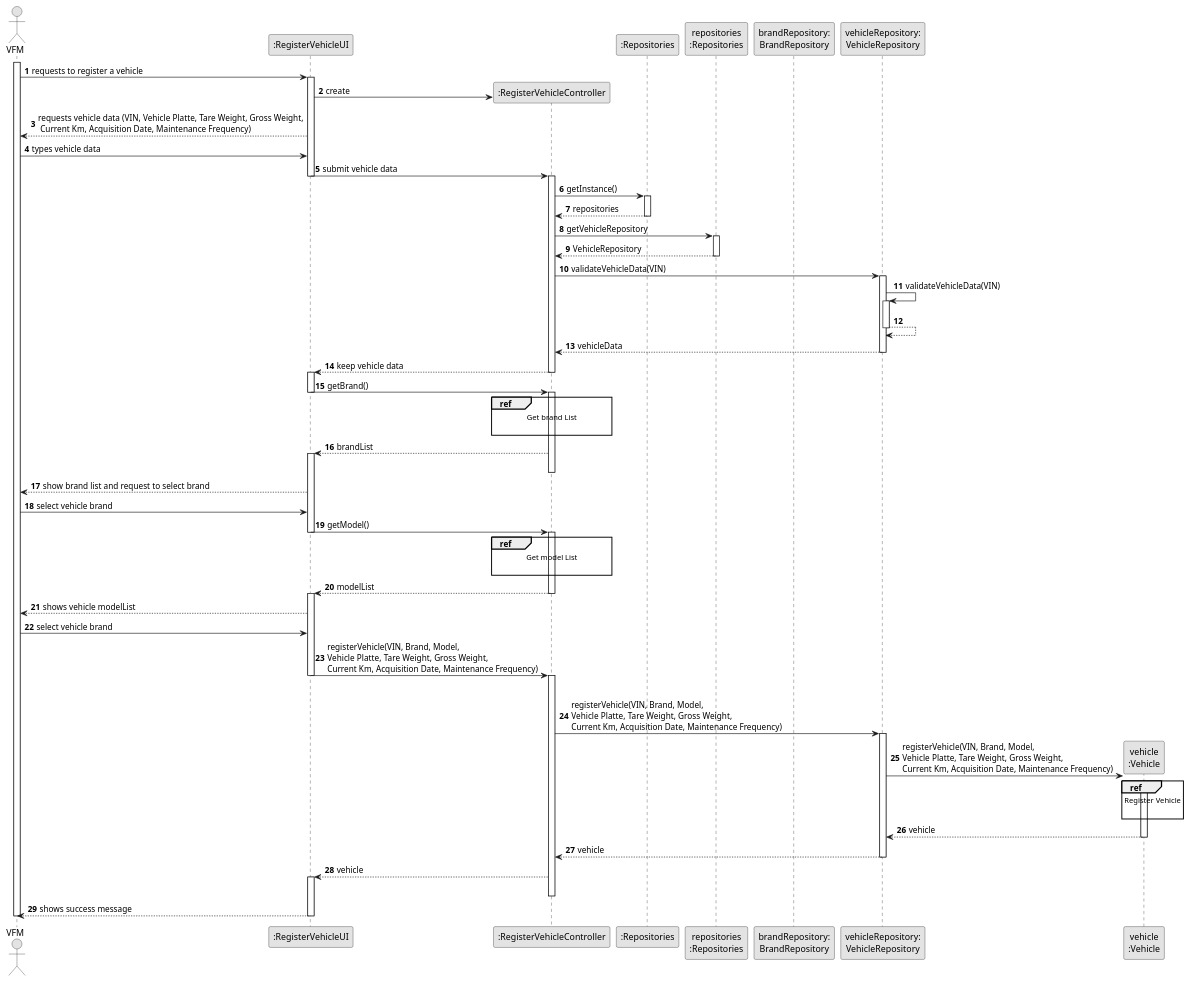
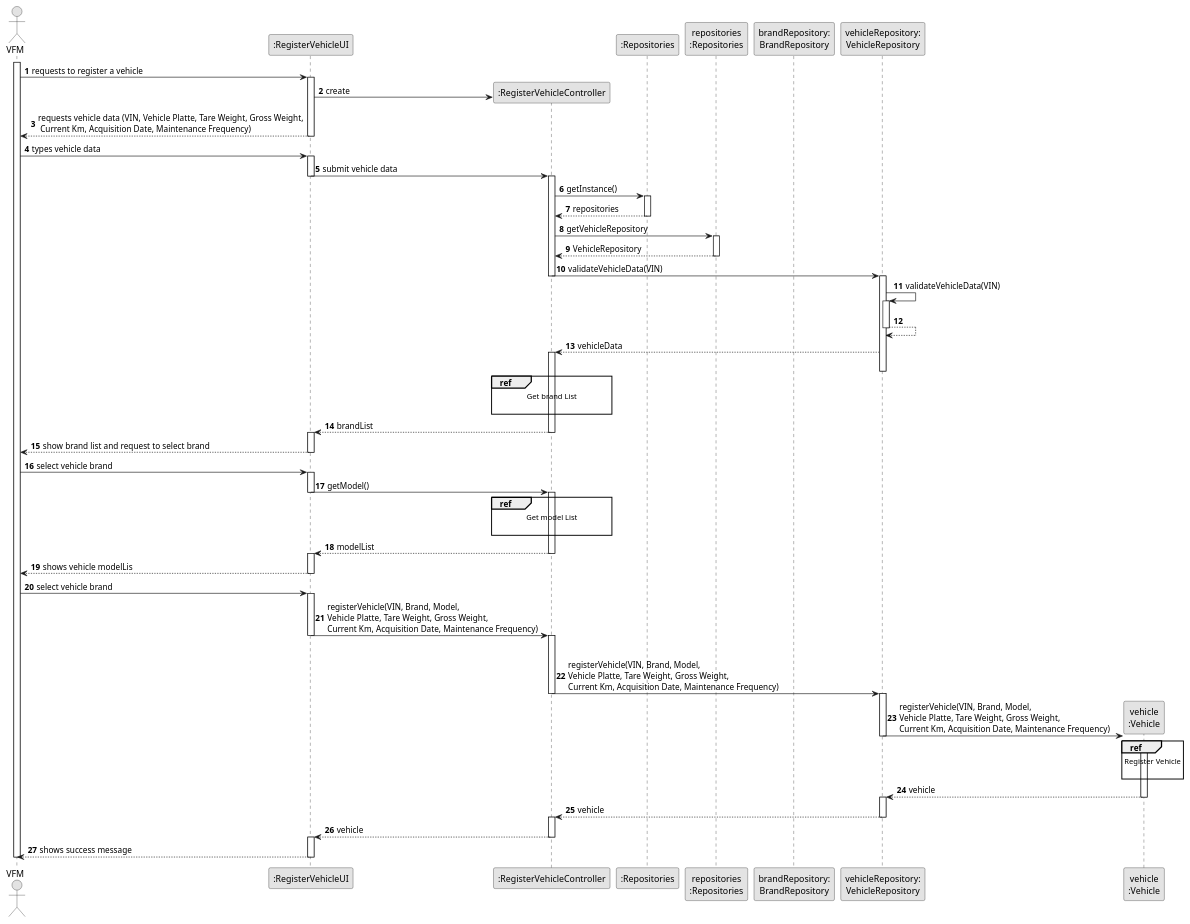
The diagram in docs/sprintB/us006/03.design/puml/us006-sequence-diagram-split.puml (ricardomm7/leaflink), drawn with PlantUML before and after one commit. The commit also changed 12 other files, not shown here.

```diff
--- a/docs/sprintB/us006/03.design/puml/us006-sequence-diagram-split.puml
+++ b/docs/sprintB/us006/03.design/puml/us006-sequence-diagram-split.puml
@@ -1,136 +1,143 @@
 @startuml
 skinparam monochrome true
 skinparam packageStyle rectangle
 skinparam shadowing false
 
 
 autonumber
 
 'hide footbox
 actor "VFM" as VFM
 participant ":RegisterVehicleUI" as UI
 participant ":RegisterVehicleController" as CTRL
 participant ":Repositories" as RepositorySingleton
 participant "repositories\n:Repositories" as PLAT
 participant "brandRepository:\nBrandRepository" as BrandRepository
 participant "vehicleRepository:\nVehicleRepository" as VehicleRepository
 participant "vehicle\n:Vehicle" as VEI
 
 activate VFM
 
     VFM -> UI : requests to register a vehicle
     activate UI
 
         UI -> CTRL** : create
 
         UI --> VFM : requests vehicle data (VIN, Vehicle Platte, Tare Weight, Gross Weight,\n Current Km, Acquisition Date, Maintenance Frequency)
+        deactivate UI
 
     VFM -> UI : types vehicle data
+    activate UI
 
         UI -> CTRL : submit vehicle data
         deactivate UI
         activate CTRL
 
             CTRL -> RepositorySingleton: getInstance()
             activate RepositorySingleton
 
             RepositorySingleton --> CTRL: repositories
             deactivate RepositorySingleton
 
             CTRL -> PLAT: getVehicleRepository
             activate PLAT
 
             PLAT --> CTRL: VehicleRepository
             deactivate PLAT
 
             CTRL -> VehicleRepository : validateVehicleData(VIN)
+            deactivate CTRL
             activate VehicleRepository
 
             VehicleRepository -> VehicleRepository: validateVehicleData(VIN)
             activate VehicleRepository
 
             VehicleRepository --> VehicleRepository
             deactivate VehicleRepository
 
+            VehicleRepository --> CTRL : vehicleData
+            activate CTRL
+            deactivate VehicleRepository
 
 
-            VehicleRepository --> CTRL : vehicleData
-            deactivate VehicleRepository
-
-        CTRL --> UI : keep vehicle data
-        deactivate CTRL
-        activate UI
-
-        UI -> CTRL : getBrand()
-        deactivate UI
-        activate CTRL
 
             ref over CTRL
                                             Get brand List
 
                                         end ref
 
             CTRL --> UI: brandList
+            deactivate CTRL
             activate UI
-            deactivate CTRL
 
 
 
     UI --> VFM : show brand list and request to select brand
+    deactivate UI
 
     VFM -> UI : select vehicle brand
+    activate UI
 
     UI -> CTRL : getModel()
     deactivate UI
     activate CTRL
 
         ref over CTRL
                                             Get model List
 
                                         end ref
 
 
 
     CTRL --> UI: modelList
     deactivate CTRL
     activate UI
 
 
-        UI --> VFM : shows vehicle modelList
+    UI --> VFM : shows vehicle modelLis
+    deactivate UI
+
+
 
     VFM -> UI : select vehicle brand
+    activate UI
 
         UI -> CTRL : registerVehicle(VIN, Brand, Model, \nVehicle Platte, Tare Weight, Gross Weight, \nCurrent Km, Acquisition Date, Maintenance Frequency)
         deactivate UI
         activate CTRL
 
             |||
             CTRL -> VehicleRepository : registerVehicle(VIN, Brand, Model, \nVehicle Platte, Tare Weight, Gross Weight, \nCurrent Km, Acquisition Date, Maintenance Frequency)
+            deactivate CTRL
             activate VehicleRepository
 
                 VehicleRepository -> VEI **: registerVehicle(VIN, Brand, Model, \nVehicle Platte, Tare Weight, Gross Weight, \nCurrent Km, Acquisition Date, Maintenance Frequency)
+                deactivate VehicleRepository
                 activate VEI
 
                         ref over VEI
                                                                     Register Vehicle
 
                                                                 end ref
 
 
+                 VEI --> VehicleRepository: vehicle
+                                deactivate VEI
 
-
-                VEI --> VehicleRepository: vehicle
-                deactivate VEI
+                activate VehicleRepository
 
             VehicleRepository --> CTRL: vehicle
             deactivate VehicleRepository
+            activate CTRL
 
             CTRL --> UI: vehicle
+            deactivate CTRL
+
 activate UI
-deactivate CTRL
+
         UI --> VFM : shows success message
     deactivate UI
 
 deactivate VFM
 
 @enduml
```
